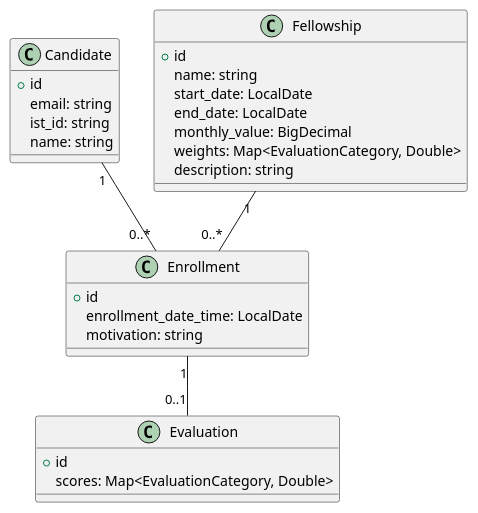
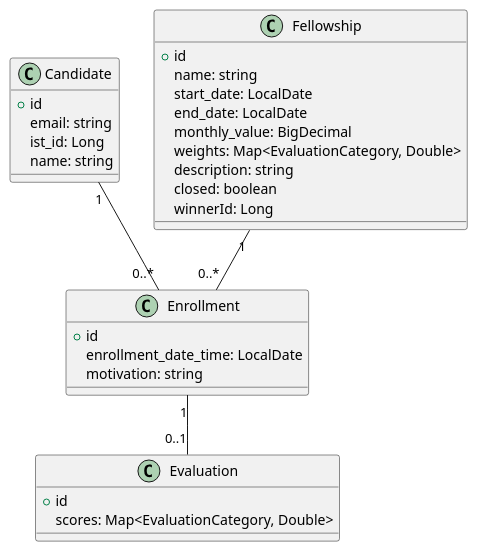
One commit to pedro-curto/CMS changed the diagram in src/documentation/domain_entites.plantuml. Above: the diagram before and after it, drawn with PlantUML. The commit also changed 1 other file, not shown here.

Commit message:
docs: update readme and plantuml

```diff
--- a/src/documentation/domain_entites.plantuml
+++ b/src/documentation/domain_entites.plantuml
@@ -1,37 +1,39 @@
 @startuml
 
 ' Entities
 class Candidate {
   +id
   email: string
-  ist_id: string
+  ist_id: Long
   name: string
 }
 
 class Fellowship {
   +id
   name: string
   start_date: LocalDate
   end_date: LocalDate
   monthly_value: BigDecimal
   weights: Map<EvaluationCategory, Double>
   description: string
+  closed: boolean
+  winnerId: Long
 }
 
 class Enrollment {
   +id
   enrollment_date_time: LocalDate
   motivation: string
 }
 
 class Evaluation {
   +id
   scores: Map<EvaluationCategory, Double>
 }
 
 ' Relationships
 Candidate "1" -- "0..*" Enrollment
 Fellowship "1" -- "0..*" Enrollment
 Enrollment "1" -- "0..1" Evaluation
 
 @enduml
```
